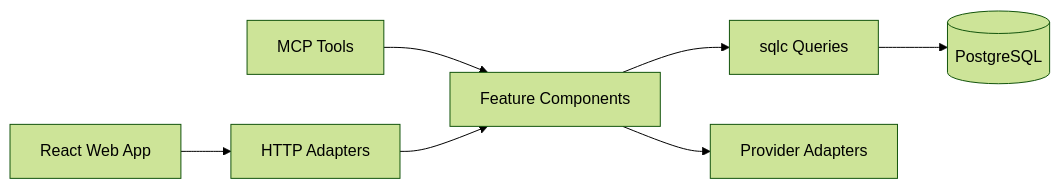
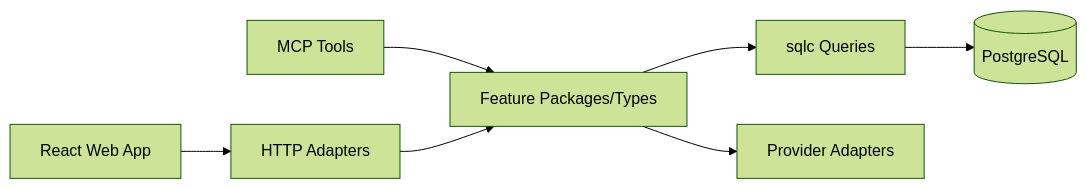
Before and after one commit to finsight-org/finsight: the first of 3 diagrams in docs/foundation/technical-direction.md, drawn with Mermaid (forest theme). The commit also changed other lines of this file and 67 other files, not shown here.

First line of the commit message:
Refactor backend to direct sqlc feature components (#21)

````diff
--- a/docs/foundation/technical-direction.md
+++ b/docs/foundation/technical-direction.md
@@ -24,17 +24,17 @@
 ```mermaid
 flowchart LR
     UI["React Web App"]
     MCP["MCP Tools"]
     HTTP["HTTP Adapters"]
-    Features["Feature Components"]
+    Features["Feature Packages/Types"]
     SQLC["sqlc Queries"]
     DB[("PostgreSQL")]
     Providers["Provider Adapters"]
 
     UI --> HTTP
     MCP --> Features
     HTTP --> Features
     Features --> SQLC
     SQLC --> DB
     Features --> Providers
 ```
````
